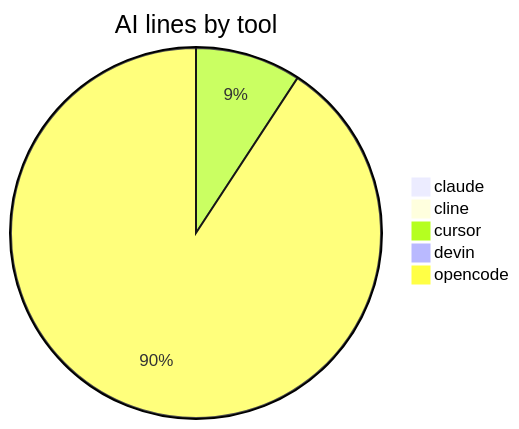
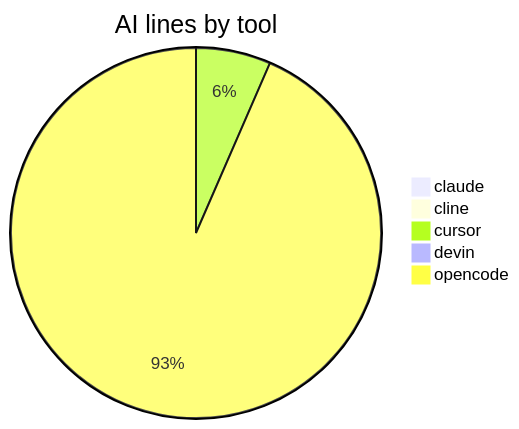
One commit to CaliMark/game-of-life changed the third of 5 diagrams in AI-AUTHORSHIP.md. Above: the diagram before and after it, drawn with Mermaid. The commit also changed other lines of this file and 1 other file, not shown here.

````diff
--- a/AI-AUTHORSHIP.md
+++ b/AI-AUTHORSHIP.md
@@ -49,8 +47,8 @@
 ```mermaid
 pie title AI lines by tool
     "claude" : 1
     "cline" : 2
-    "cursor" : 61
+    "cursor" : 42
     "devin" : 1
-    "opencode" : 600
+    "opencode" : 601
 ```
````
